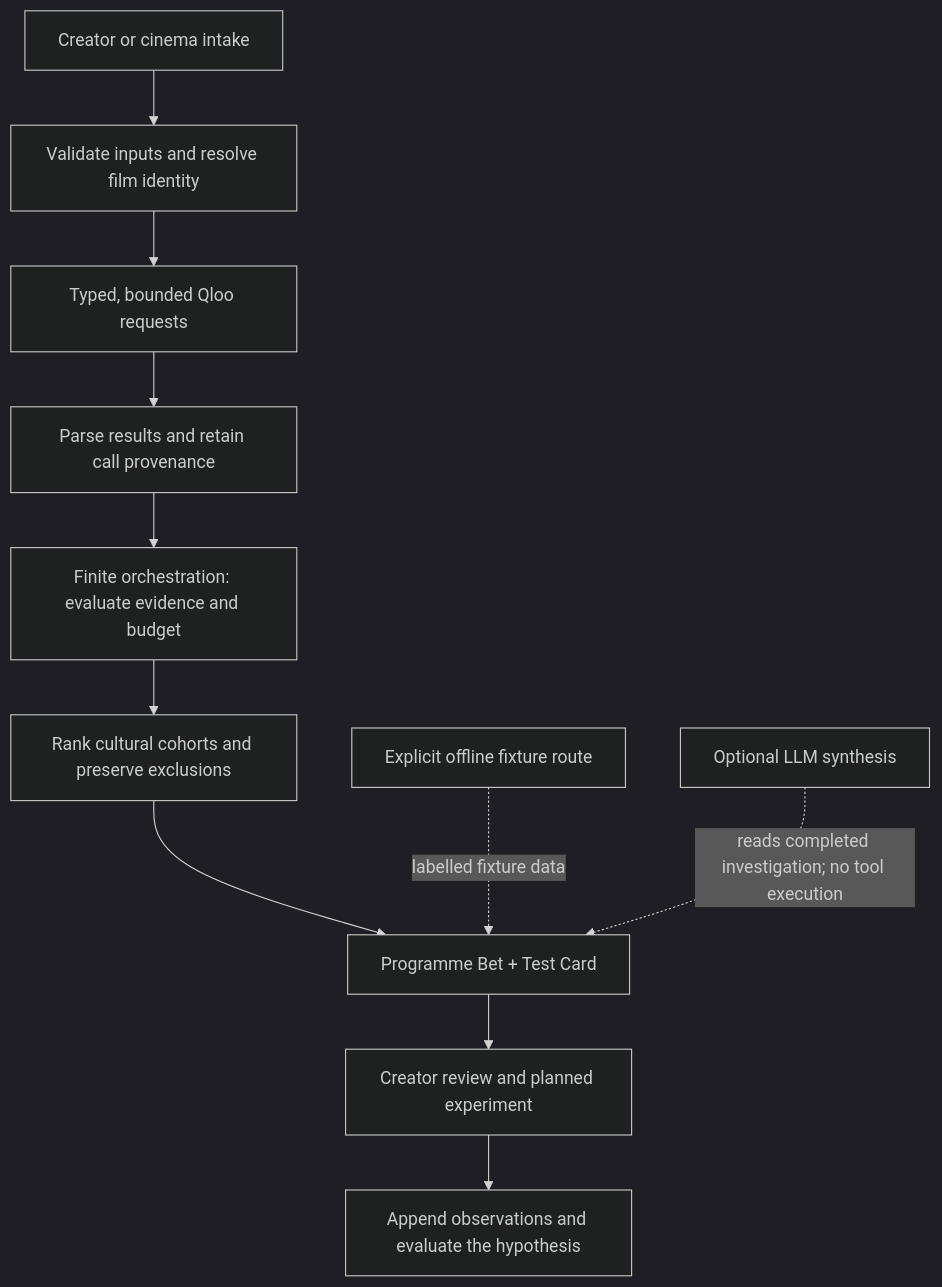
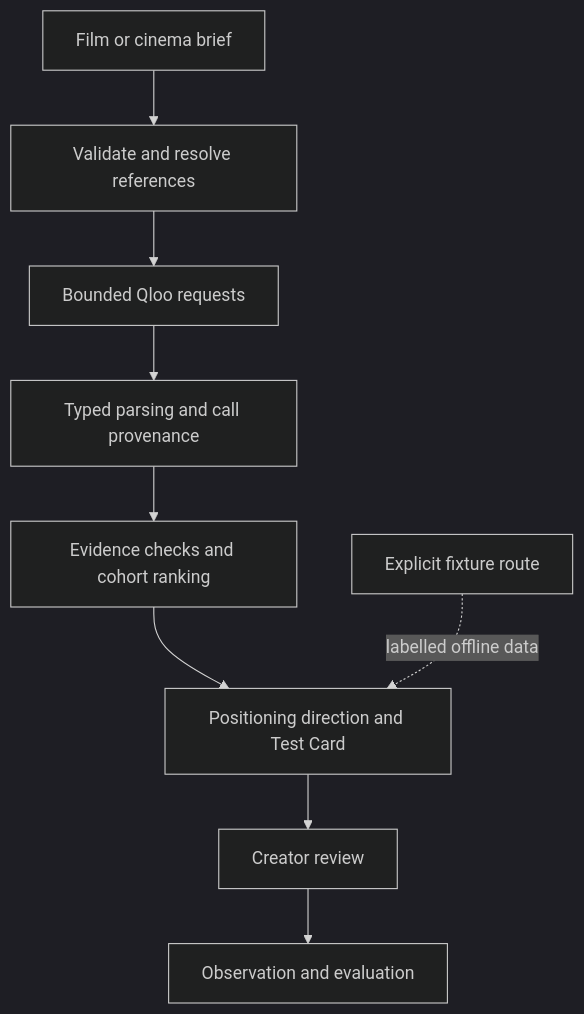
The diagram in README.md (Sohamgaonkhadkar/adjacent-cinema), drawn with Mermaid (dark theme) before and after one commit. The commit also changed other lines of this file and 1 other file, not shown here.

````diff
--- a/README.md
+++ b/README.md
@@ -168,14 +65,11 @@
 ```mermaid
 flowchart TD
-    A["Creator or cinema intake"] --> B["Validate inputs and resolve film identity"]
-    B --> C["Typed, bounded Qloo requests"]
-    C --> D["Parse results and retain call provenance"]
-    D --> E["Finite orchestration: evaluate evidence and budget"]
-    E --> F["Rank cultural cohorts and preserve exclusions"]
-    F --> G["Programme Bet + Test Card"]
-    G --> H["Creator review and planned experiment"]
-    H --> I["Append observations and evaluate the hypothesis"]
-
-    J["Explicit offline fixture route"] -.->|"labelled fixture data"| G
-    K["Optional LLM synthesis"] -.->|"reads completed investigation; no tool execution"| G
+    A["Film or cinema brief"] --> B["Validate and resolve references"]
+    B --> C["Bounded Qloo requests"]
+    C --> D["Typed parsing and call provenance"]
+    D --> E["Evidence checks and cohort ranking"]
+    E --> F["Positioning direction and Test Card"]
+    F --> G["Creator review"]
+    G --> H["Observation and evaluation"]
+    I["Explicit fixture route"] -. "labelled offline data" .-> F
 ```
````
